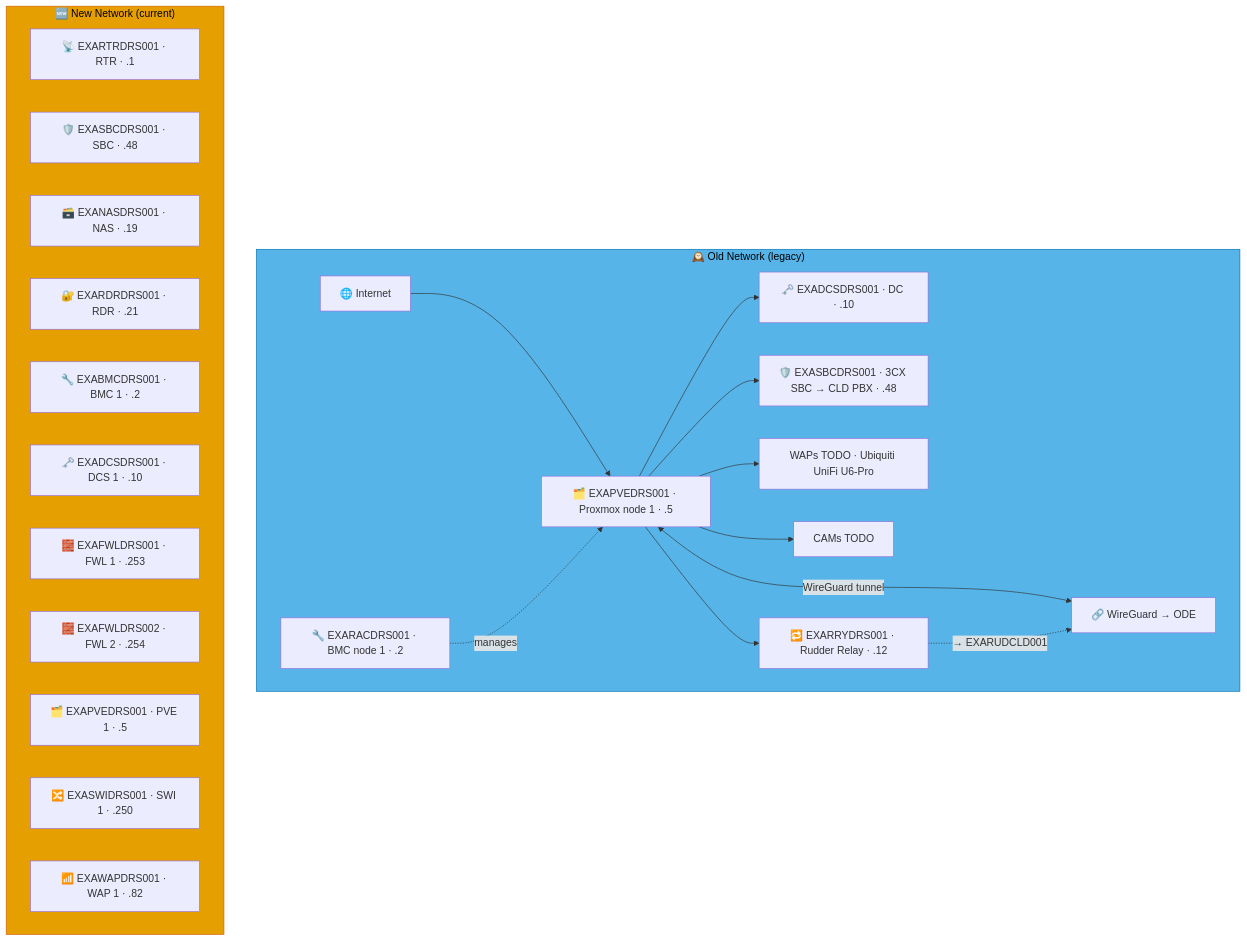
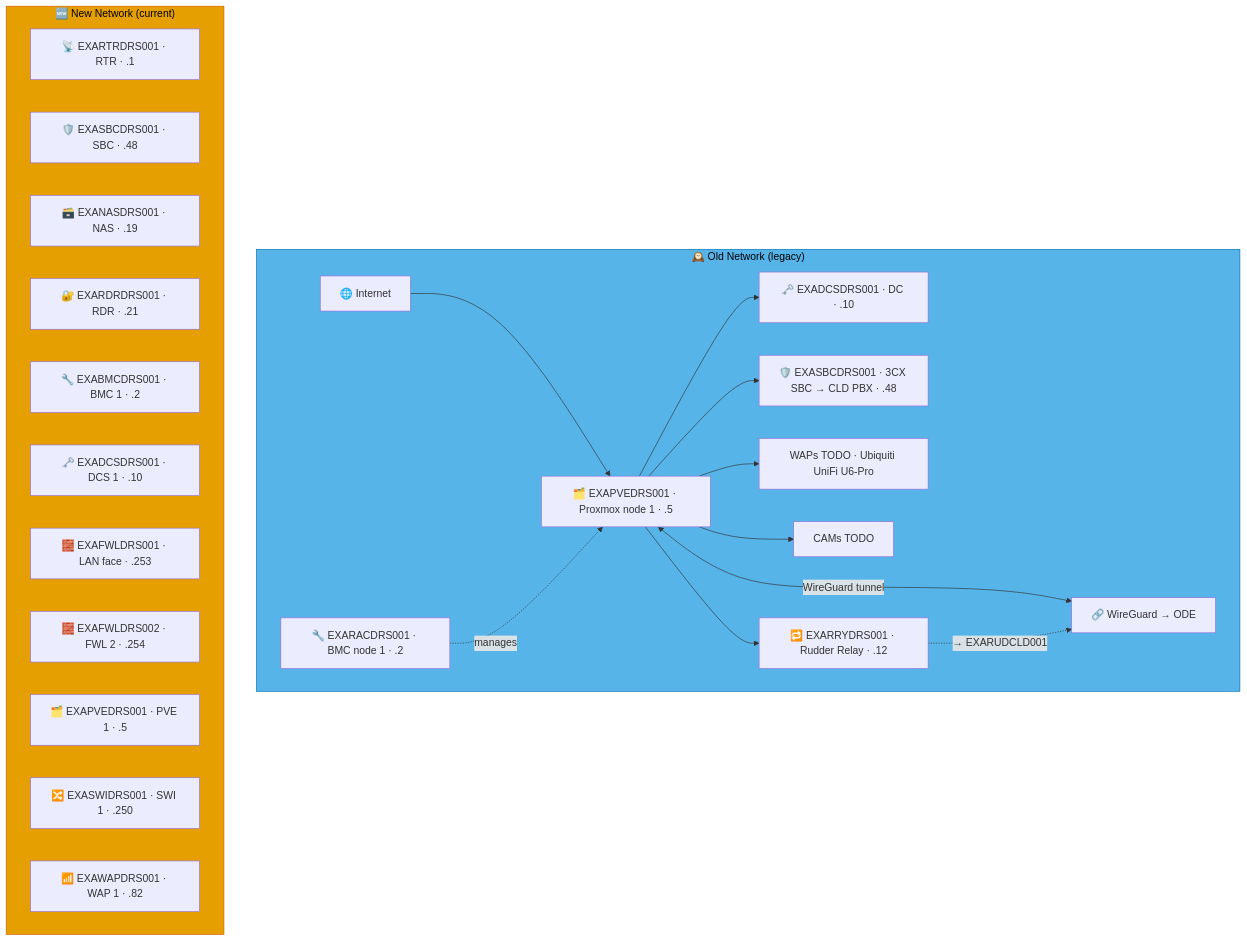
Before and after one commit to knightmare2600/example_music_infra: the fourth of 5 diagrams in docs/network-diagram/deutschland.md, drawn with Mermaid. The commit also changed other lines of this file and 17 other files, not shown here.

````diff
--- a/docs/network-diagram/deutschland.md
+++ b/docs/network-diagram/deutschland.md
@@ -190,39 +190,39 @@
 ```mermaid
 graph TD
     subgraph OLD_DRS ["🕰️ Old Network (legacy)"]
       INET["🌐 Internet"]
       RAC["🔧 EXARACDRS001 · BMC node 1 · .2"]
       PVE["🗂️ EXAPVEDRS001 · Proxmox node 1 · .5"]
       DC["🗝️ EXADCSDRS001 · DC · .10"]
       SBC["🛡️ EXASBCDRS001 · 3CX SBC → CLD PBX · .48"]
       RRY["🔁 EXARRYDRS001 · Rudder Relay · .12"]
       WAP["WAPs TODO · Ubiquiti UniFi U6-Pro"]
       CAM["CAMs TODO"]
       VPN["🔗 WireGuard → ODE"]
 
       INET --> PVE --> DC & SBC
       RAC -.->|"manages"| PVE
       PVE --> WAP & CAM
       PVE <-->|"WireGuard tunnel"| VPN
 
       PVE --> RRY
       RRY -. "→ EXARUDCLD001" .-> VPN
     end
     style OLD_DRS fill:#56B4E9,stroke:#0072B2,color:#000000
     %% GENERATED:NEW-NETWORK:DRS:START
     subgraph NEW_DRS ["🆕 New Network (current)"]
       N_RTR["📡 EXARTRDRS001 · RTR · .1"]
       N_SBC["🛡️ EXASBCDRS001 · SBC · .48"]
       N_NAS["🗃️ EXANASDRS001 · NAS · .19"]
       N_RDR["🔐 EXARDRDRS001 · RDR · .21"]
       N_BMC["🔧 EXABMCDRS001 · BMC 1 · .2"]
       N_DCS["🗝️ EXADCSDRS001 · DCS 1 · .10"]
-      N_FWL["🧱 EXAFWLDRS001 · FWL 1 · .253"]
+      N_FWL["🧱 EXAFWLDRS001 · LAN face · .253"]
       N_FWL2["🧱 EXAFWLDRS002 · FWL 2 · .254"]
       N_PVE["🗂️ EXAPVEDRS001 · PVE 1 · .5"]
       N_SWI["🔀 EXASWIDRS001 · SWI 1 · .250"]
       N_WAP["📶 EXAWAPDRS001 · WAP 1 · .82"]
     end
     style NEW_DRS fill:#E69F00,stroke:#D55E00,color:#000000
     %% GENERATED:NEW-NETWORK:DRS:END
 ```
````
